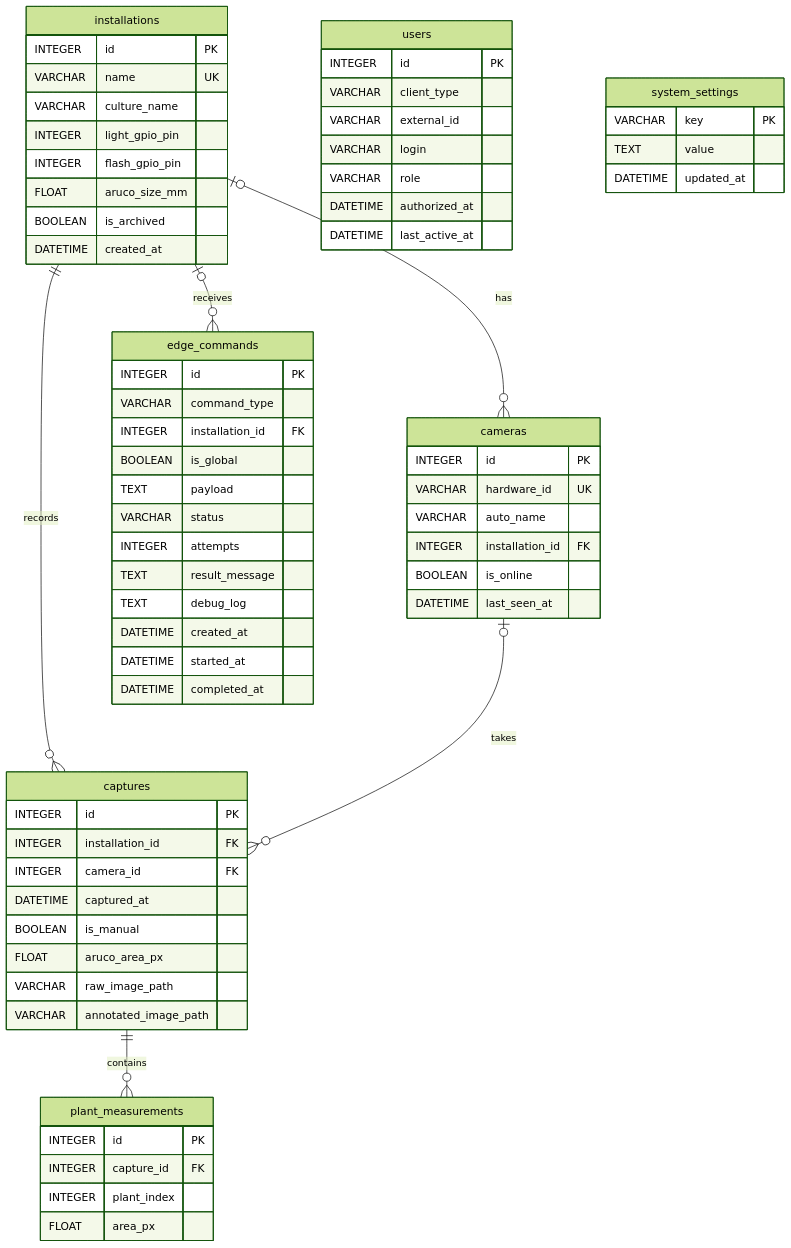
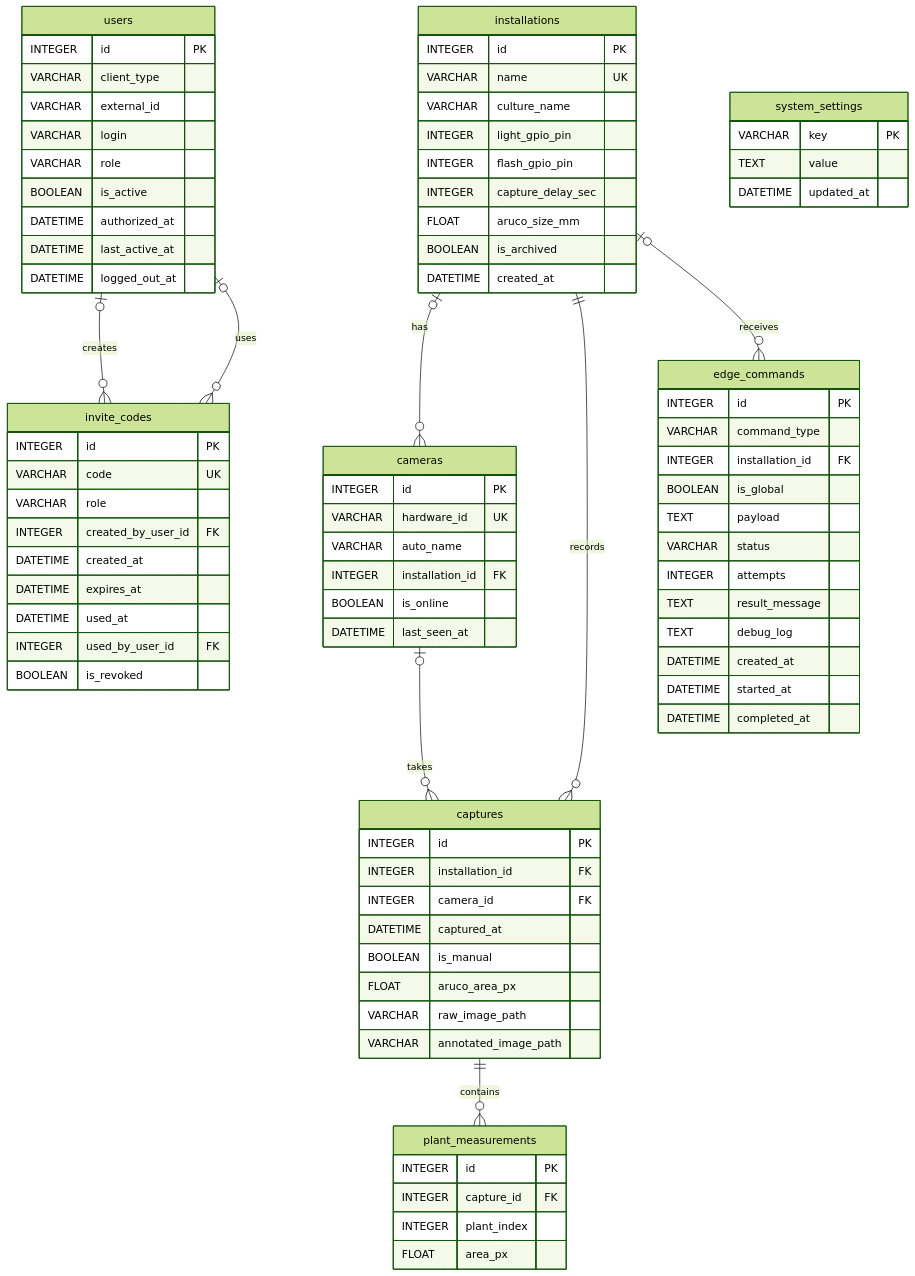
The diagram in docs/DB_SCHEMA.md (globulator/GrowVision), drawn with Mermaid (forest theme) before and after one commit. The commit also changed other lines of this file and 46 other files, not shown here.

````diff
--- a/docs/DB_SCHEMA.md
+++ b/docs/DB_SCHEMA.md
@@ -25,6 +25,7 @@
         VARCHAR culture_name
         INTEGER light_gpio_pin
         INTEGER flash_gpio_pin
+        INTEGER capture_delay_sec
         FLOAT aruco_size_mm
         BOOLEAN is_archived
         DATETIME created_at
@@ -63,8 +64,22 @@
         VARCHAR external_id
         VARCHAR login
         VARCHAR role
+        BOOLEAN is_active
         DATETIME authorized_at
         DATETIME last_active_at
+        DATETIME logged_out_at
+    }
+
+    invite_codes {
+        INTEGER id PK
+        VARCHAR code UK
+        VARCHAR role
+        INTEGER created_by_user_id FK
+        DATETIME created_at
+        DATETIME expires_at
+        DATETIME used_at
+        INTEGER used_by_user_id FK
+        BOOLEAN is_revoked
     }
 
     edge_commands {
@@ -93,4 +108,6 @@
     installations o|--o{ edge_commands : "receives"
     cameras o|--o{ captures : "takes"
     captures ||--o{ plant_measurements : "contains"
+    users o|--o{ invite_codes : "creates"
+    users o|--o{ invite_codes : "uses"
 ```
````
